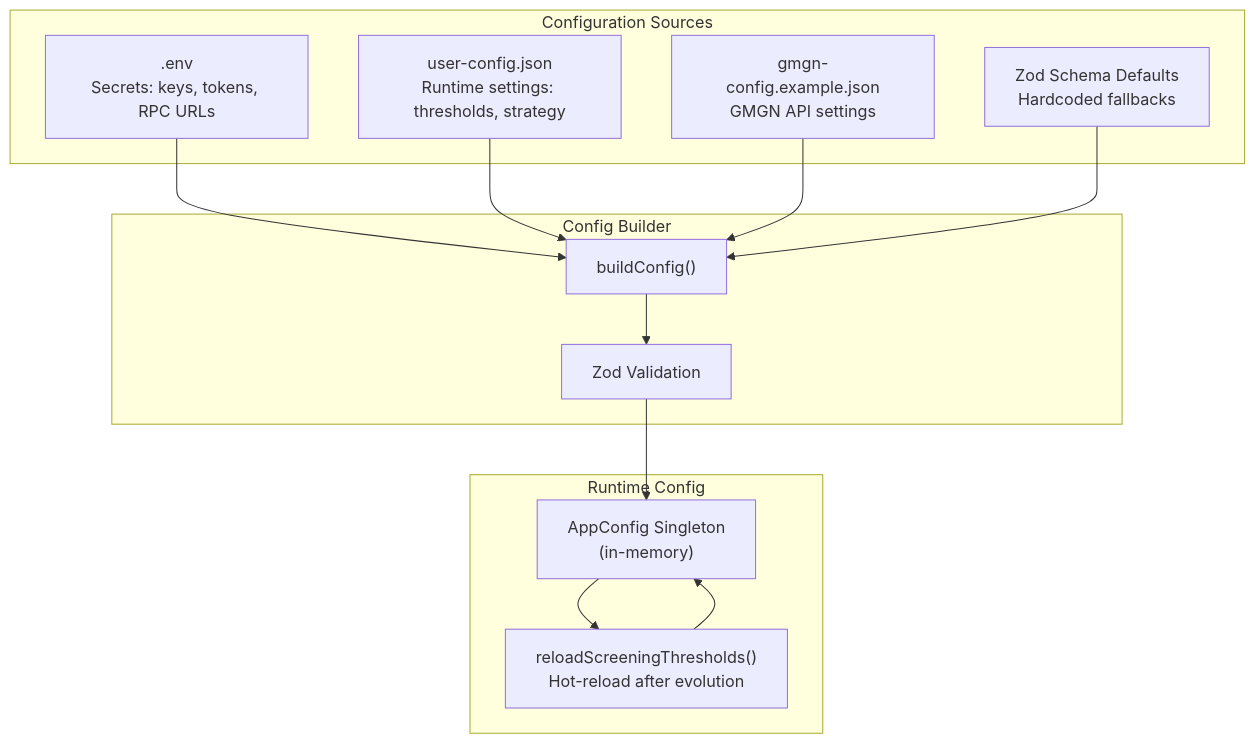
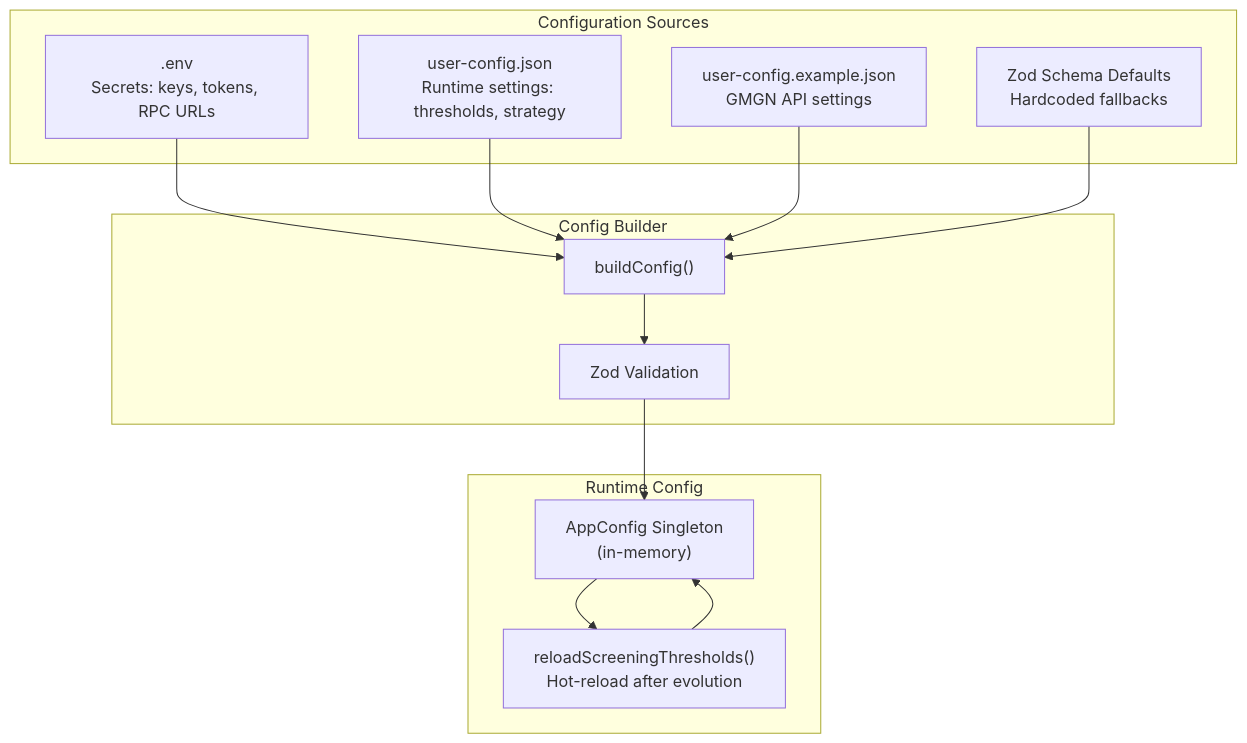
The fourth of 19 diagrams in docs/FULL_FLOW.md (romankurnovskii/etemaro), drawn with Mermaid before and after one commit. The commit also changed 26 other files, not shown here.

Commit message:
refactor: implement Zod-based configuration schema with environment variable resolution and remove ConfigMigrator

````diff
--- a/docs/FULL_FLOW.md
+++ b/docs/FULL_FLOW.md
@@ -228,28 +228,28 @@
 ```mermaid
 graph TD
     subgraph "Configuration Sources"
         ENV[".env<br/>Secrets: keys, tokens, RPC URLs"]
         USER["user-config.json<br/>Runtime settings: thresholds, strategy"]
-        GMGN_CFG["gmgn-config.example.json<br/>GMGN API settings"]
+        GMGN_CFG["user-config.example.json<br/>GMGN API settings"]
         DEFAULTS["Zod Schema Defaults<br/>Hardcoded fallbacks"]
     end
 
     subgraph "Config Builder"
         MERGE["buildConfig()"]
         ZOD_VALIDATE["Zod Validation"]
     end
 
     subgraph "Runtime Config"
         APP_CFG["AppConfig Singleton<br/>(in-memory)"]
         RELOAD["reloadScreeningThresholds()<br/>Hot-reload after evolution"]
     end
 
     ENV --> MERGE
     USER --> MERGE
     GMGN_CFG --> MERGE
     DEFAULTS --> MERGE
     MERGE --> ZOD_VALIDATE
     ZOD_VALIDATE --> APP_CFG
     APP_CFG --> RELOAD
     RELOAD --> APP_CFG
 ```
````
